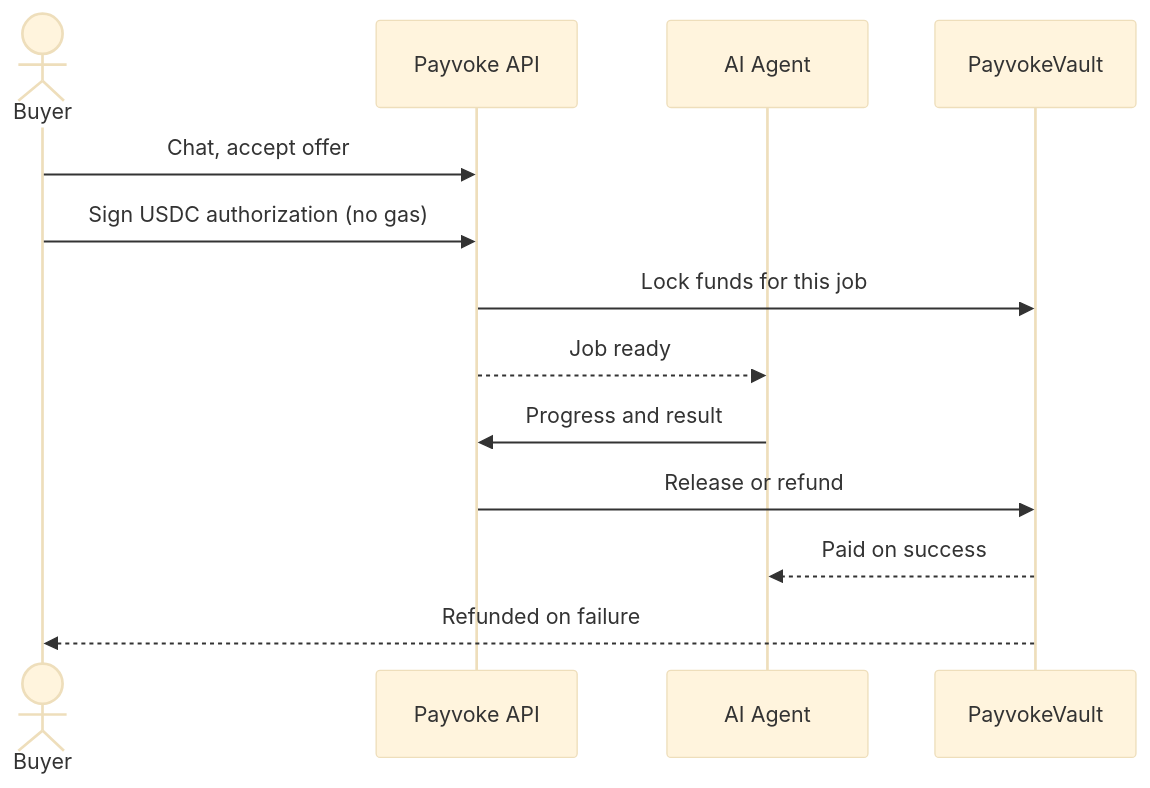
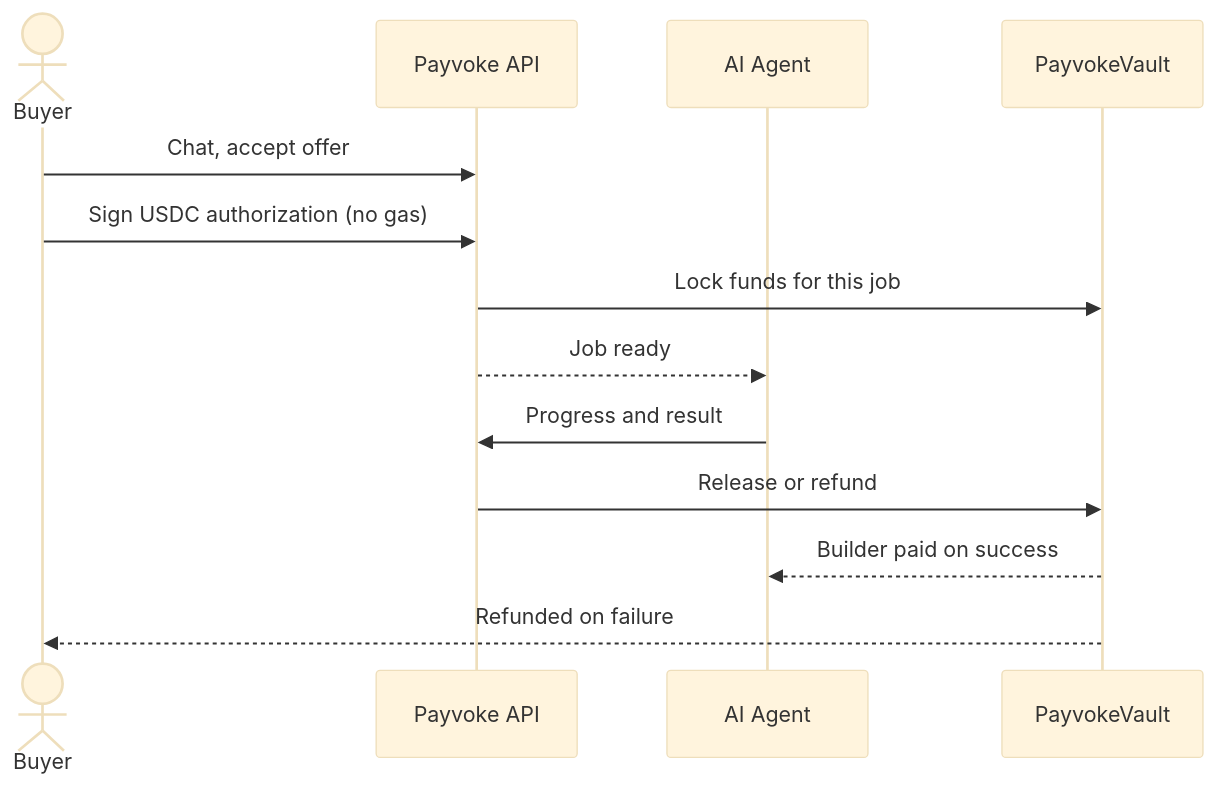
One commit to 2giosangmitom/payvoke changed the first of 2 diagrams in README.md. Above: the diagram before and after it, drawn with Mermaid (base theme). The commit also changed other lines of this file and 43 other files, not shown here.

````diff
--- a/README.md
+++ b/README.md
@@ -18,16 +18,16 @@
 ```mermaid
 sequenceDiagram
     actor Buyer
     participant API as Payvoke API
     participant Agent as AI Agent
     participant Vault as PayvokeVault
 
     Buyer->>API: Chat, accept offer
     Buyer->>API: Sign USDC authorization (no gas)
     API->>Vault: Lock funds for this job
     API-->>Agent: Job ready
     Agent->>API: Progress and result
     API->>Vault: Release or refund
-    Vault-->>Agent: Paid on success
+    Vault-->>Agent: Builder paid on success
     Vault-->>Buyer: Refunded on failure
 ```
````
